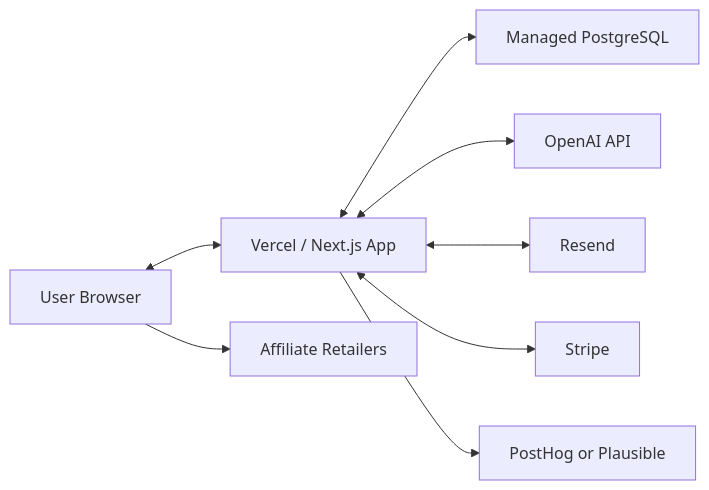
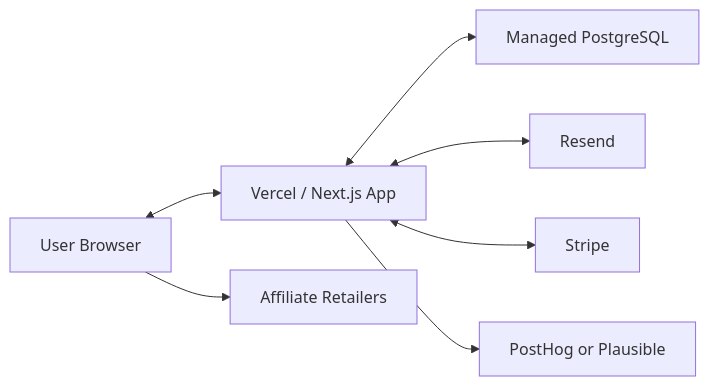
The sixth of 6 diagrams in docs/action-plan.md (justinspratt07/made-for-them), drawn with Mermaid before and after one commit. The commit also changed other lines of this file and 51 other files, not shown here.

````diff
--- a/docs/action-plan.md
+++ b/docs/action-plan.md
@@ -368,19 +379,17 @@
 ```mermaid
 flowchart LR
   Browser["User Browser"]
   Vercel["Vercel / Next.js App"]
   DB["Managed PostgreSQL"]
-  AI["OpenAI API"]
   Email["Resend"]
   Stripe["Stripe"]
   Analytics["PostHog or Plausible"]
   Stores["Affiliate Retailers"]
 
   Browser <--> Vercel
   Vercel <--> DB
-  Vercel <--> AI
   Vercel <--> Email
   Vercel <--> Stripe
   Vercel --> Analytics
   Browser --> Stores
 ```
````
